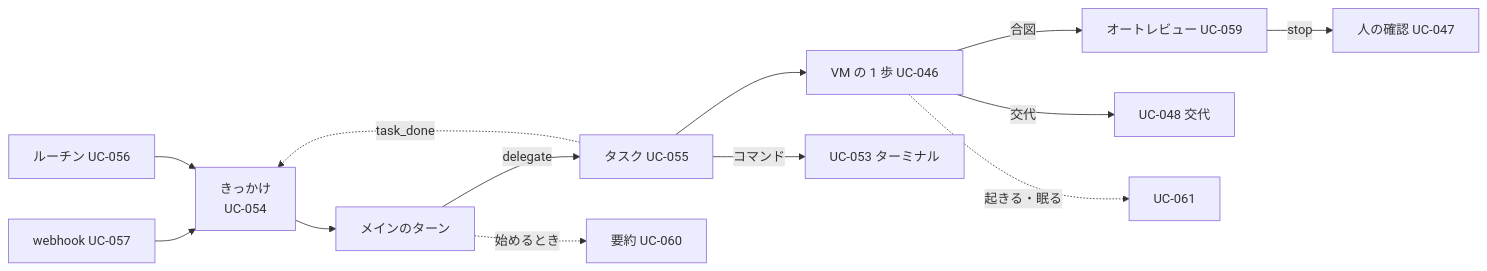
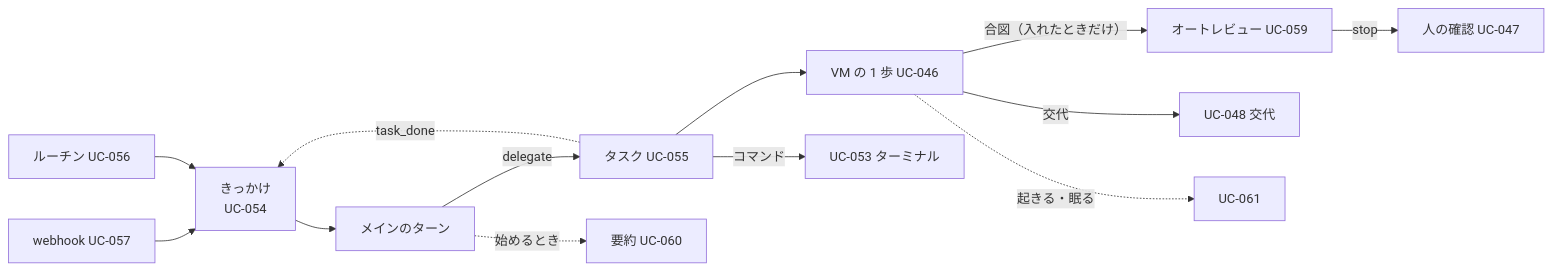
The first of 4 diagrams in docs/design/10_diagrams/README.md (itiwoja/agent-team), drawn with Mermaid before and after one commit. The commit also changed other lines of this file and 39 other files, not shown here.

````diff
--- a/docs/design/10_diagrams/README.md
+++ b/docs/design/10_diagrams/README.md
@@ -13,15 +13,15 @@
 ```mermaid
 flowchart LR
  W["きっかけ<br/>UC-054"] --> T["メインのターン"]
  T -->|"delegate"| K["タスク UC-055"]
  K --> A["VM の 1 歩 UC-046"]
- A -->|"合図"| R["オートレビュー UC-059"]
+ A -->|"合図（入れたときだけ）"| R["オートレビュー UC-059"]
  R -->|"stop"| B["人の確認 UC-047"]
  A -->|"交代"| C["UC-048 交代"]
  K -->|"コマンド"| E["UC-053 ターミナル"]
  K -.->|"task_done"| W
  H["webhook UC-057"] --> W
  RT["ルーチン UC-056"] --> W
  T -.->|"始めるとき"| S["要約 UC-060"]
  A -.->|"起きる・眠る"| V["UC-061"]
 ```
````
